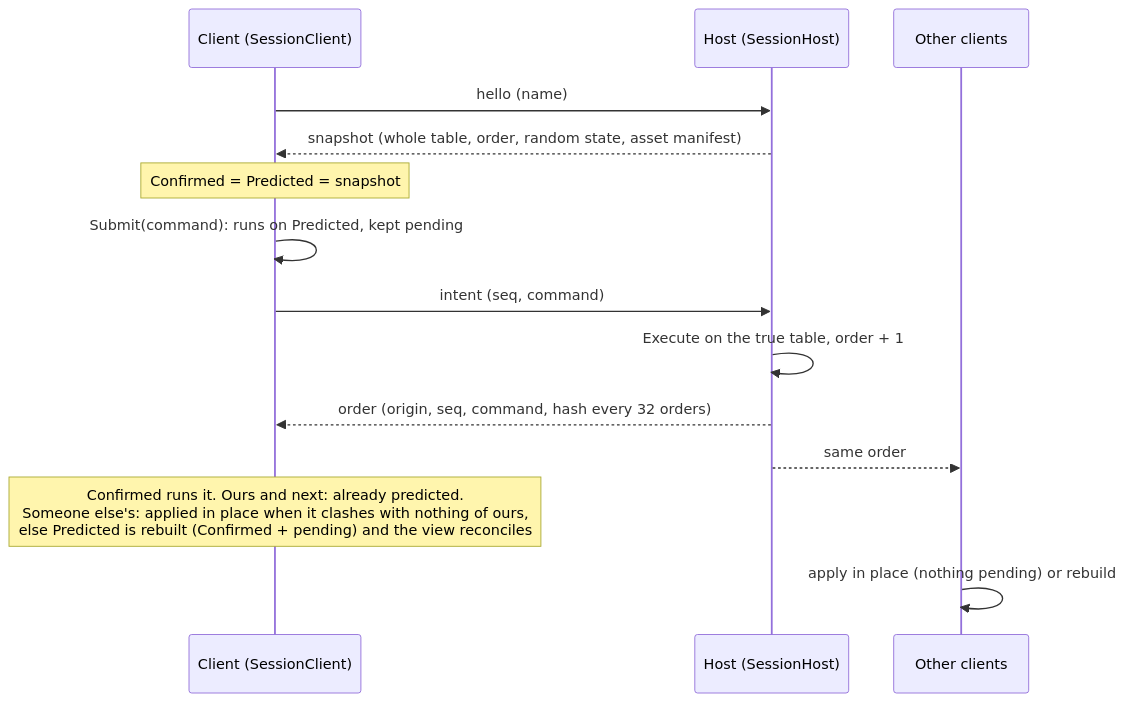
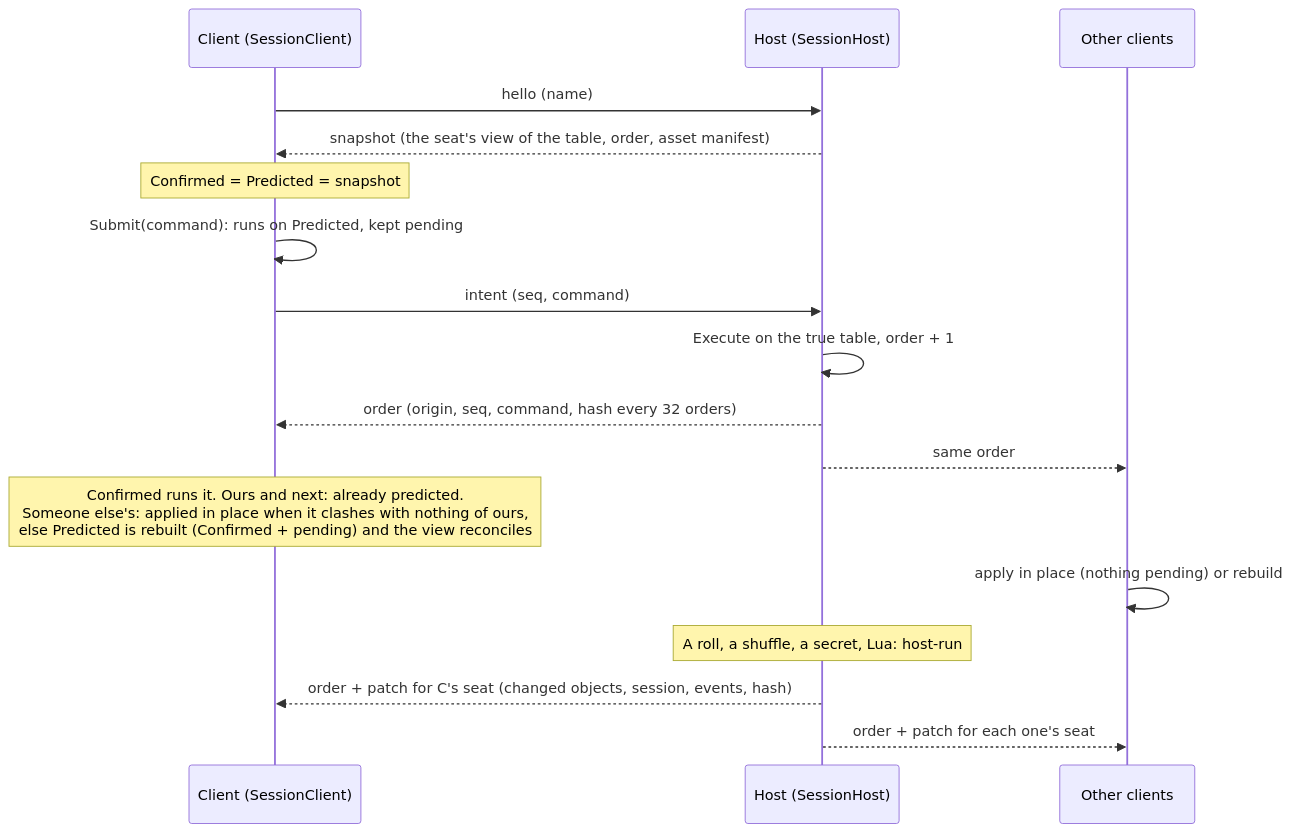
The diagram in docs/dev/flows/multiplayer.md (Azg-stdio/table-world), drawn with Mermaid before and after one commit. The commit also changed other lines of this file and 17 other files, not shown here.

````diff
--- a/docs/dev/flows/multiplayer.md
+++ b/docs/dev/flows/multiplayer.md
@@ -7,16 +7,19 @@
 ```mermaid
 sequenceDiagram
     participant C as Client (SessionClient)
     participant H as Host (SessionHost)
     participant O as Other clients
     C->>H: hello (name)
-    H-->>C: snapshot (whole table, order, random state, asset manifest)
+    H-->>C: snapshot (the seat's view of the table, order, asset manifest)
     Note over C: Confirmed = Predicted = snapshot
     C->>C: Submit(command): runs on Predicted, kept pending
     C->>H: intent (seq, command)
     H->>H: Execute on the true table, order + 1
     H-->>C: order (origin, seq, command, hash every 32 orders)
     H-->>O: same order
     Note over C: Confirmed runs it. Ours and next: already predicted.<br/>Someone else's: applied in place when it clashes with nothing of ours,<br/>else Predicted is rebuilt (Confirmed + pending) and the view reconciles
     O->>O: apply in place (nothing pending) or rebuild
+    Note over H: A roll, a shuffle, a secret, Lua: host-run
+    H-->>C: order + patch for C's seat (changed objects, session, events, hash)
+    H-->>O: order + patch for each one's seat
 ```
````
